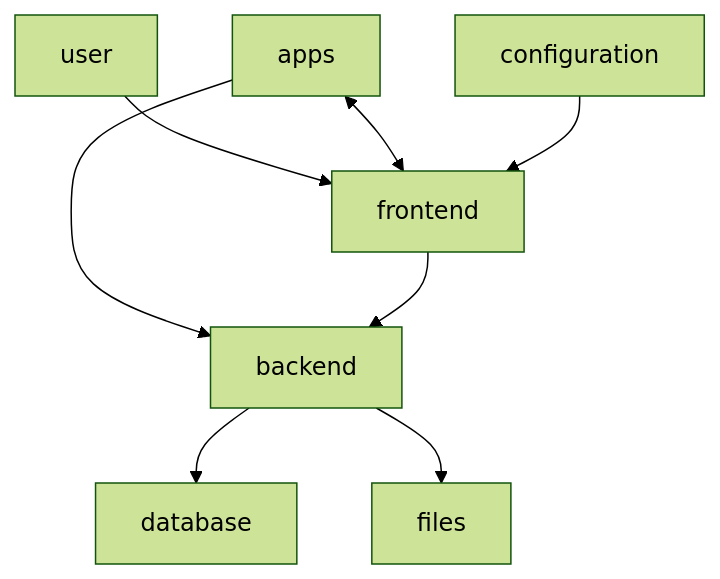
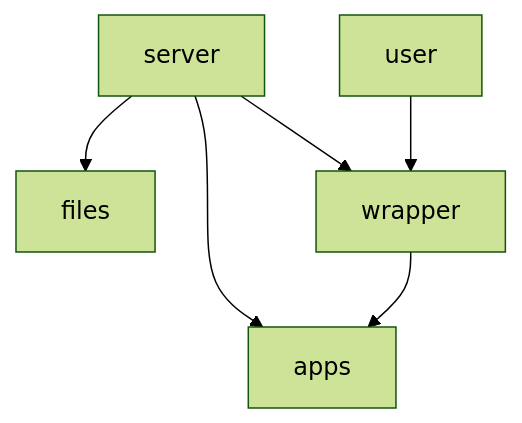
The first of 2 diagrams in profile/README.md (rust-drive/.github), drawn with Mermaid (forest theme) before and after one commit. The commit also changed other lines of this file, not shown here.

````diff
--- a/profile/README.md
+++ b/profile/README.md
@@ -16,12 +16,9 @@
 ```mermaid
 graph TD
-  user --> frontend
-  apps <--> frontend
-  apps --> backend
-  configuration --> frontend
-
-  frontend --> backend
-  backend --> database
-  backend --> files
-
+  user --> wrapper
+  
+  server --> files
+  server --> apps
+  server --> wrapper
+  wrapper --> apps
 ```
````
